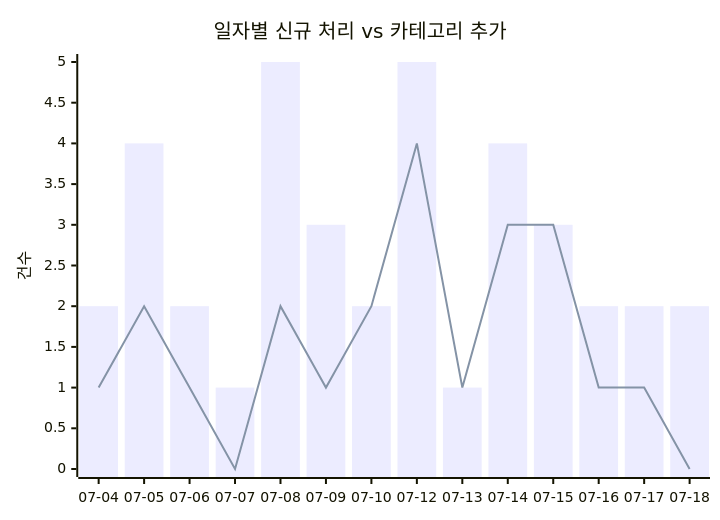
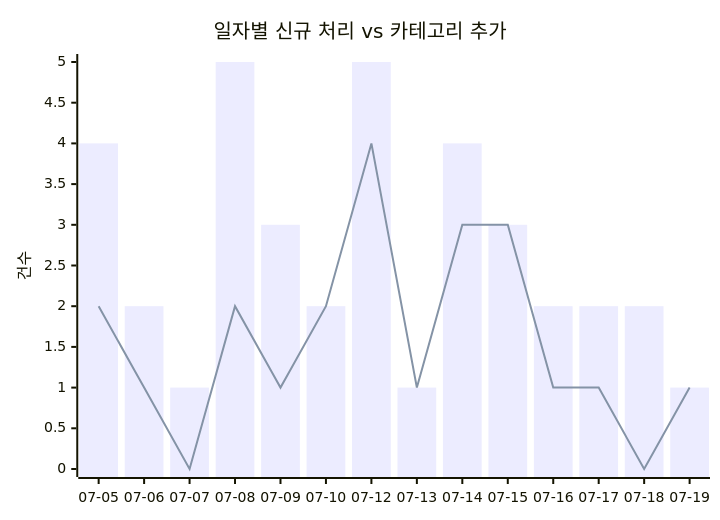
One commit to J-nowcow/awesome-korean-agent-skills changed the first of 2 diagrams in docs/trends.md. Above: the diagram before and after it, drawn with Mermaid. The commit also changed other lines of this file and 4 other files, not shown here.

````diff
--- a/docs/trends.md
+++ b/docs/trends.md
@@ -32,8 +32,8 @@
 ```mermaid
 xychart-beta
     title "일자별 신규 처리 vs 카테고리 추가"
-    x-axis ["07-04","07-05","07-06","07-07","07-08","07-09","07-10","07-12","07-13","07-14","07-15","07-16","07-17","07-18"]
+    x-axis ["07-05","07-06","07-07","07-08","07-09","07-10","07-12","07-13","07-14","07-15","07-16","07-17","07-18","07-19"]
     y-axis "건수"
-    bar [2,4,2,1,5,3,2,5,1,4,3,2,2,2]
-    line [1,2,1,0,2,1,2,4,1,3,3,1,1,0]
+    bar [4,2,1,5,3,2,5,1,4,3,2,2,2,1]
+    line [2,1,0,2,1,2,4,1,3,3,1,1,0,1]
 ```
````
